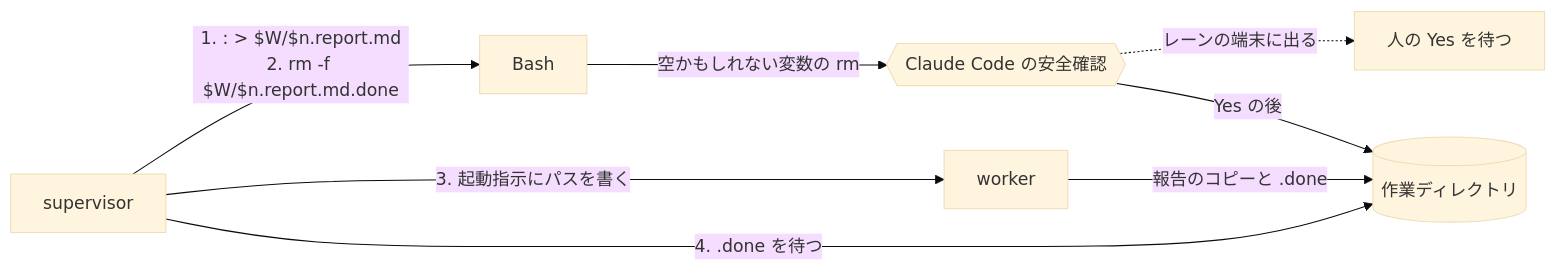
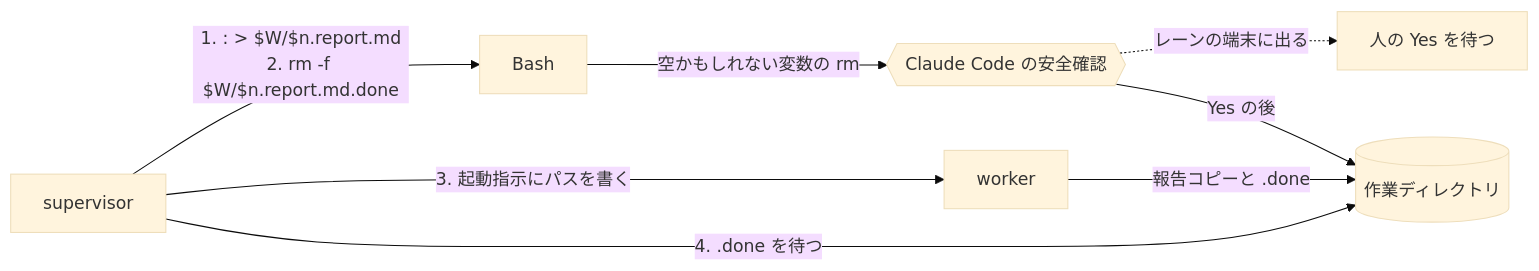
Before and after one commit to devbasex/ai-plugins: the first of 4 diagrams in issues/issue-3877-design.md, drawn with Mermaid (base theme). The commit also changed other lines of this file and 5 other files, not shown here.

````diff
--- a/issues/issue-3877-design.md
+++ b/issues/issue-3877-design.md
@@ -18,10 +18,10 @@
 ```mermaid
 flowchart LR
     S[supervisor] -->|"1. : > $W/$n.report.md<br/>2. rm -f $W/$n.report.md.done"| B[Bash]
     B -->|空かもしれない変数の rm| D{{Claude Code の安全確認}}
     D -.->|レーンの端末に出る| H[人の Yes を待つ]
     D -->|Yes の後| F[(作業ディレクトリ)]
     S -->|3. 起動指示にパスを書く| W[worker]
-    W -->|報告のコピーと .done| F
+    W -->|報告コピーと .done| F
     S -->|4. .done を待つ| F
 ```
````
